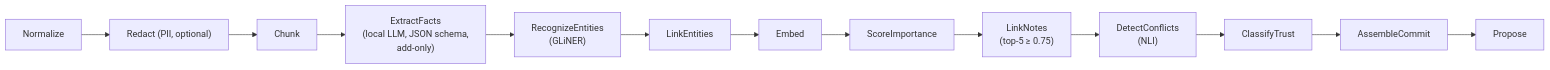
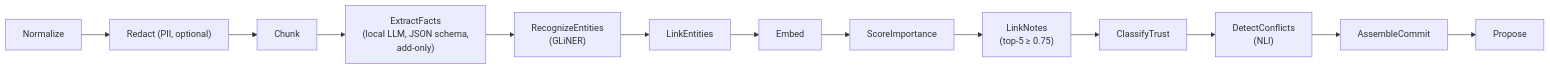
One commit to VishvakR/Mindlog changed the tenth of 11 diagrams in docs/design.md. Above: the diagram before and after it, drawn with Mermaid. The commit also changed other lines of this file and 10 other files, not shown here.

````diff
--- a/docs/design.md
+++ b/docs/design.md
@@ -435,6 +435,6 @@
 ```mermaid
 flowchart LR
   n["Normalize"] --> r["Redact (PII, optional)"] --> ch["Chunk"] --> ex["ExtractFacts<br/>(local LLM, JSON schema,<br/>add-only)"]
   ex --> ner["RecognizeEntities<br/>(GLiNER)"] --> le["LinkEntities"] --> em["Embed"] --> imp["ScoreImportance"]
-  imp --> ln["LinkNotes<br/>(top-5 ≥ 0.75)"] --> dc["DetectConflicts<br/>(NLI)"] --> tr["ClassifyTrust"] --> as["AssembleCommit"] --> pr["Propose"]
+  imp --> ln["LinkNotes<br/>(top-5 ≥ 0.75)"] --> tr["ClassifyTrust"] --> dc["DetectConflicts<br/>(NLI)"] --> as["AssembleCommit"] --> pr["Propose"]
 ```
````
